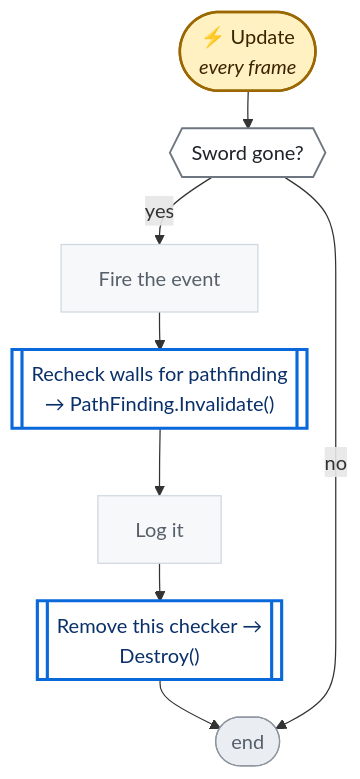
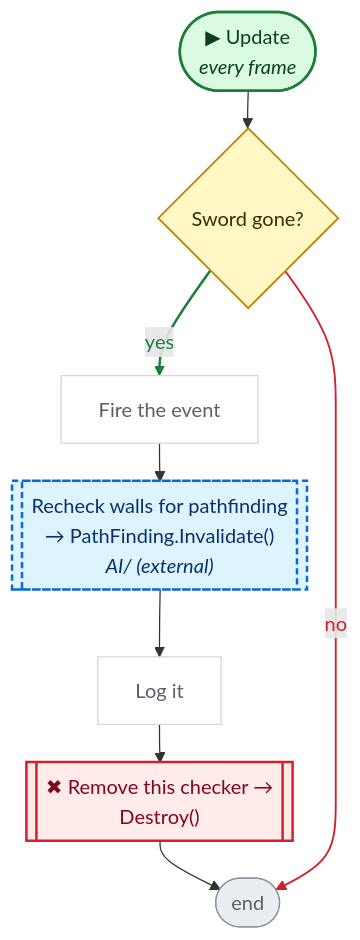
The second of 3 diagrams in CodeGraph~/graph/Map/EventCertainObjectDestroyed.cs.md (nataiai/Lord-of-the-Dungeon), drawn with Mermaid before and after one commit. The commit also changed other lines of this file and 44 other files, not shown here.

````diff
--- a/CodeGraph~/graph/Map/EventCertainObjectDestroyed.cs.md
+++ b/CodeGraph~/graph/Map/EventCertainObjectDestroyed.cs.md
@@ -41,39 +41,46 @@
 ```mermaid
 ---
 config:
   flowchart:
     wrappingWidth: 260
     nodeSpacing: 26
     rankSpacing: 30
 ---
 flowchart TD
-  nS(["⚡ Update<br><i>every frame</i>"])
-  n7e9c3f{{"Sword gone?"}}
+  nS(["▶ Update<br><i>every frame</i>"])
+  n7e9c3f{"Sword gone?"}
   nd383b1["Fire the event"]
-  nd2f86b[["Recheck walls for pathfinding<br>→ PathFinding.Invalidate()"]]
+  nd2f86b[["Recheck walls for pathfinding<br>→ PathFinding.Invalidate()<br><i>AI/ (external)</i>"]]
   nee56c7["Log it"]
-  nbee12d[["Remove this checker →<br>Destroy()"]]
+  nbee12d[["✖ Remove this checker →<br>Destroy()"]]
   nE(["end"])
   nS --> n7e9c3f
   n7e9c3f -->|yes| nd383b1
   nd383b1 --> nd2f86b
   nd2f86b --> nee56c7
   nee56c7 --> nbee12d
   nbee12d --> nE
   n7e9c3f -->|no| nE
-  classDef unity fill:#fff1c2,stroke:#9a6700,stroke-width:2px,color:#3b2300
-  classDef start fill:#ddf4ff,stroke:#0969da,stroke-width:2px,color:#0a3069
-  classDef calc fill:#f6f8fa,stroke:#d0d7de,color:#57606a
-  classDef calls fill:#ffffff,stroke:#0969da,stroke-width:2.5px,color:#0a3069
-  classDef cond fill:#ffffff,stroke:#6e7781,stroke-width:1.5px,color:#1f2328
-  classDef loop fill:#fbefff,stroke:#8250df,color:#3e1f79
-  classDef exit fill:#eaeef2,stroke:#57606a,color:#24292f
-  classDef wait fill:#fff8f0,stroke:#bc4c00,color:#4d1d00
+  linkStyle 1 stroke:#1a7f37,stroke-width:2px,color:#1a7f37
+  linkStyle 6 stroke:#cf222e,stroke-width:1.5px,color:#cf222e
+  classDef unity fill:#dafbe1,stroke:#1a7f37,stroke-width:2px,color:#0f3d1d
+  classDef start fill:#dafbe1,stroke:#1a7f37,stroke-width:2px,color:#0f3d1d
+  classDef calc fill:#ffffff,stroke:#d0d7de,color:#57606a
+  classDef calls fill:#ddf4ff,stroke:#0969da,stroke-width:2px,color:#0a3069
+  classDef ext fill:#ddf4ff,stroke:#0969da,stroke-width:2px,stroke-dasharray:5 3,color:#0a3069
+  classDef cond fill:#fff8c5,stroke:#bf8700,stroke-width:1.5px,color:#3d2a00
+  classDef loop fill:#f6f8fa,stroke:#57606a,color:#1f2328
+  classDef exit fill:#ffebe9,stroke:#cf222e,color:#82071e
+  classDef kill fill:#ffebe9,stroke:#cf222e,stroke-width:2px,color:#82071e
+  classDef spawn fill:#dafbe1,stroke:#1a7f37,stroke-width:2px,color:#0f3d1d
+  classDef wait fill:#fff1e5,stroke:#bc4c00,color:#4d1d00
   classDef fin fill:#eaeef2,stroke:#8c959f,color:#57606a
   classDef join fill:#d0d7de,stroke:#8c959f,color:#57606a
+  classDef ghdr fill:#f5f9ff,stroke:#f5f9ff,color:#0a3069,font-weight:bold
   class nd383b1,nee56c7 calc
-  class nd2f86b,nbee12d calls
   class n7e9c3f cond
+  class nd2f86b ext
   class nE fin
+  class nbee12d kill
   class nS unity
 ```
````
